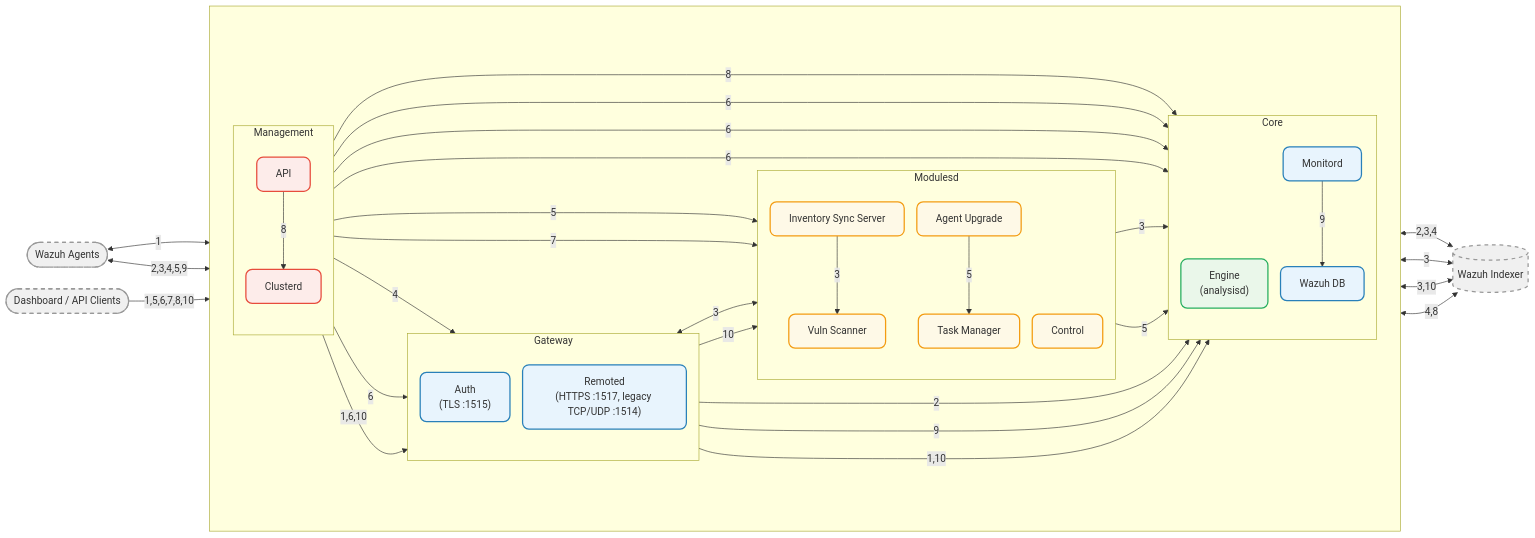
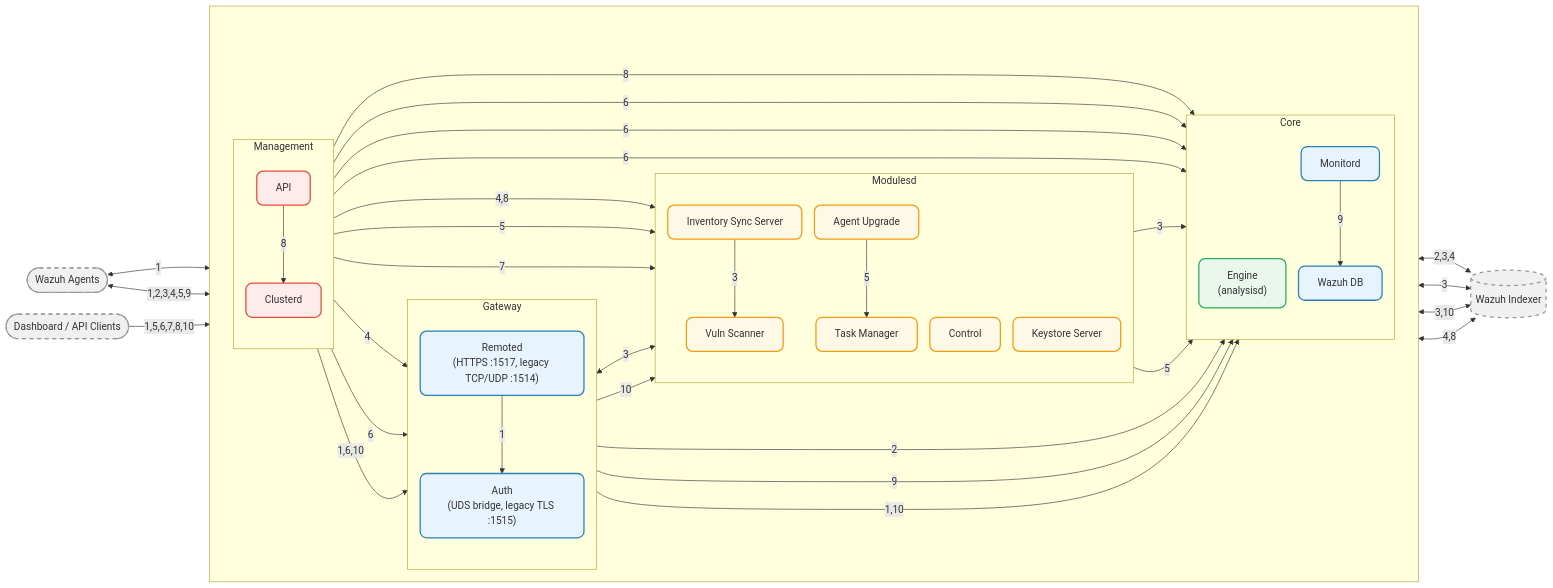
Before and after one commit to wazuh/wazuh: the diagram in docs/ref/architecture.md, drawn with Mermaid. The commit also changed other lines of this file and 37 other files, not shown here.

```diff
--- a/docs/ref/architecture.md
+++ b/docs/ref/architecture.md
@@ -30,7 +30,7 @@
 
   subgraph gw["Gateway"]
     direction TB
-    authd["Auth<br/>(TLS :1515)"]:::d
+    authd["Auth<br/>(UDS bridge, legacy TLS :1515)"]:::d
     remoted["Remoted<br/>(HTTPS :1517, legacy TCP/UDP :1514)"]:::d
   end
 
@@ -48,6 +48,7 @@
     au["Agent Upgrade"]:::m
     tm["Task Manager"]:::m
     ctrl["Control"]:::m
+    ks["Keystore Server"]:::m
   end
 
   subgraph mgmt["Management"]
@@ -61,7 +62,10 @@
 
 %% External → Gateway
 agents <-->|1| authd
-agents <-->|2,3,4,5,9| remoted
+agents <-->|1,2,3,4,5,9| remoted
+
+%% Gateway → Gateway (POST /enroll bridges to authd's local socket: the 5.x registration path)
+remoted -->|1| authd
 
 %% Gateway → Core
 remoted -->|2| engine
@@ -89,6 +93,9 @@
 clusterd -->|8| wdb
 clusterd -->|4| remoted
 
+%% Clusterd reads the Indexer credentials from the keystore before any Indexer access
+clusterd -->|4,8| ks
+
 %% Management → Internal
 api -->|6| engine & wdb & remoted & monitord
 api -->|1,6,10| authd
```
